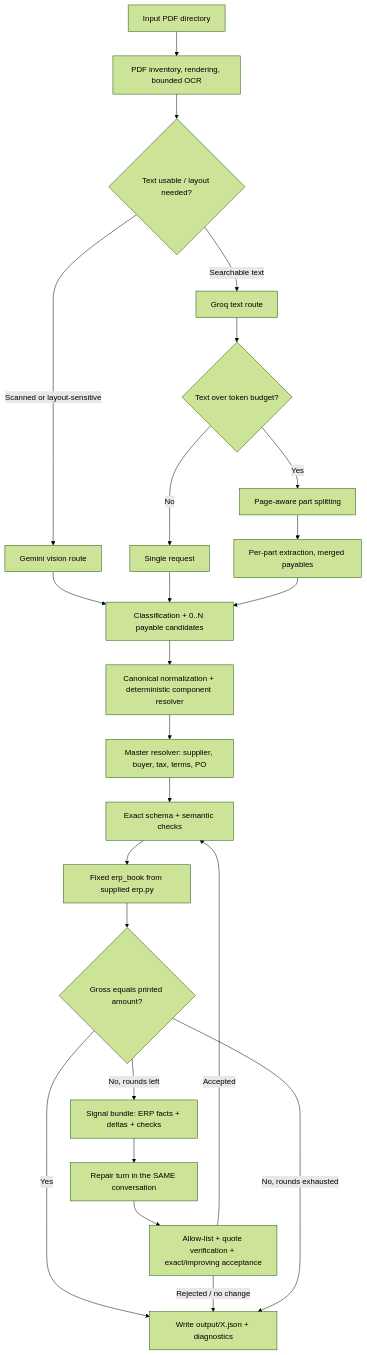
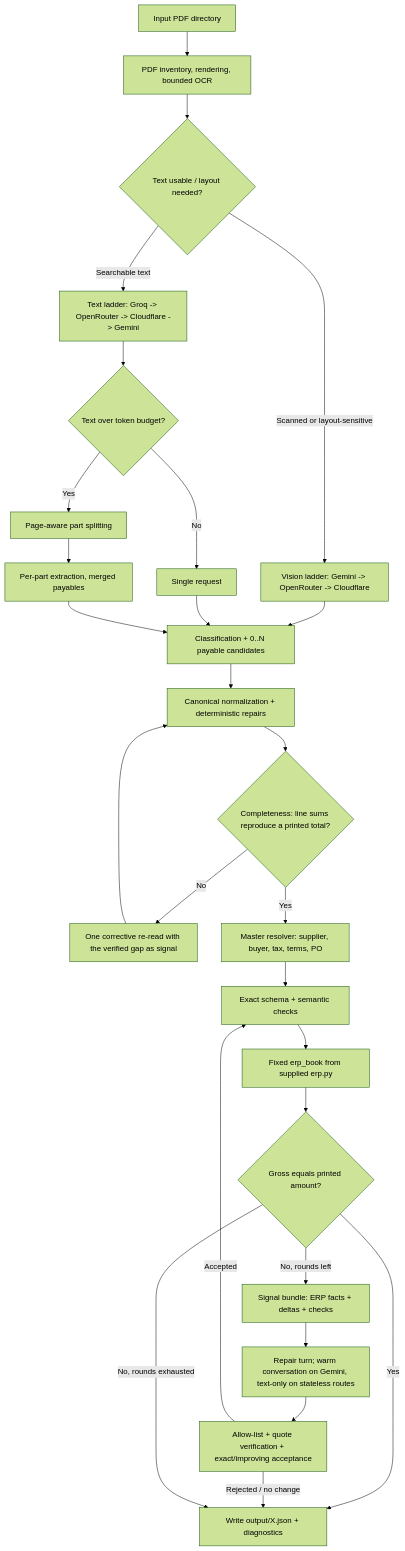
One commit to yantr-manav/zycus_assignment changed the diagram in ARCHITECTURE.md. Above: the diagram before and after it, drawn with Mermaid (forest theme). The commit also changed other lines of this file and 24 other files, not shown here.

Commit message:
Complete solver: four-provider routing (Gemini/Groq/OpenRouter/Cloudflare), deterministic repairs (quantity, duplicate-tax, printed-formula), completeness re-read, budgets; all 42 documents reconcile

````diff
--- a/ARCHITECTURE.md
+++ b/ARCHITECTURE.md
@@ -18,26 +18,29 @@
 ```mermaid
 flowchart TD
     A[Input PDF directory] --> B[PDF inventory, rendering, bounded OCR]
     B --> C{Text usable / layout needed?}
-    C -- Scanned or layout-sensitive --> D[Gemini vision route]
-    C -- Searchable text --> E[Groq text route]
+    C -- Scanned or layout-sensitive --> D[Vision ladder: Gemini -> OpenRouter -> Cloudflare]
+    C -- Searchable text --> E[Text ladder: Groq -> OpenRouter -> Cloudflare -> Gemini]
     E --> F{Text over token budget?}
     F -- Yes --> G[Page-aware part splitting]
     F -- No --> H[Single request]
     D --> I[Classification + 0..N payable candidates]
     G --> J[Per-part extraction, merged payables]
     H --> I
     J --> I
-    I --> K[Canonical normalization + deterministic component resolver]
-    K --> L[Master resolver: supplier, buyer, tax, terms, PO]
+    I --> K[Canonical normalization + deterministic repairs]
+    K --> K1{Completeness: line sums reproduce a printed total?}
+    K1 -- No --> K2[One corrective re-read with the verified gap as signal]
+    K2 --> K
+    K1 -- Yes --> L[Master resolver: supplier, buyer, tax, terms, PO]
     L --> M[Exact schema + semantic checks]
     M --> N[Fixed erp_book from supplied erp.py]
     N --> O{Gross equals printed amount?}
     O -- Yes --> P[Write output/X.json + diagnostics]
     O -- No, rounds left --> Q[Signal bundle: ERP facts + deltas + checks]
-    Q --> R[Repair turn in the SAME conversation]
+    Q --> R[Repair turn; warm conversation on Gemini, text-only on stateless routes]
     R --> S[Allow-list + quote verification + exact/improving acceptance]
     S -- Accepted --> M
     S -- Rejected / no change --> P
     O -- No, rounds exhausted --> P
 ```
````
